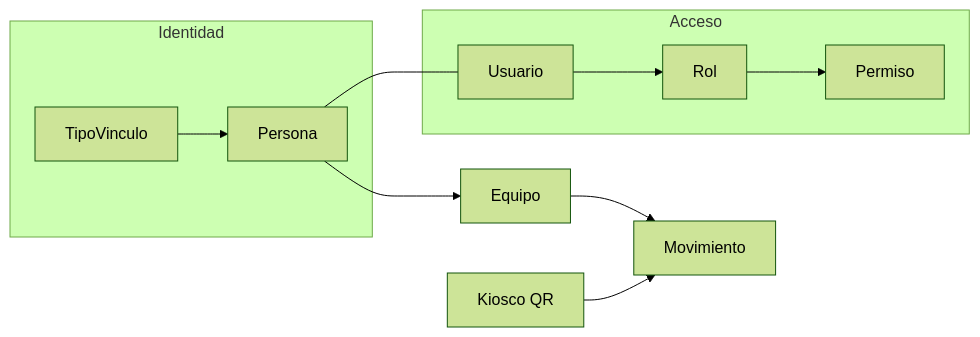
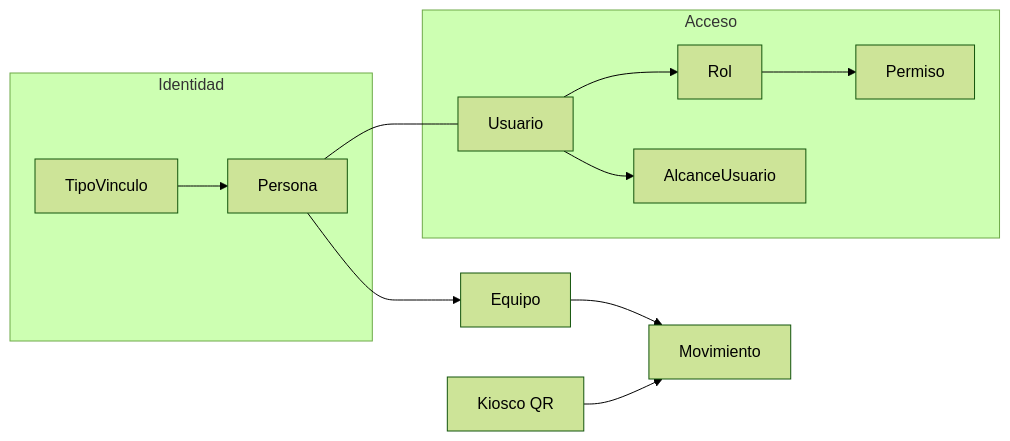
Before and after one commit to AlejoSasto/sistema_control_equipos: the diagram in contexto/contexto-completo-sistema.md, drawn with Mermaid (forest theme). The commit also changed other lines of this file and 33 other files, not shown here.

````diff
--- a/contexto/contexto-completo-sistema.md
+++ b/contexto/contexto-completo-sistema.md
@@ -94,18 +95,20 @@
 ```mermaid
 flowchart LR
   subgraph identidad [Identidad]
     TV[TipoVinculo]
     P[Persona]
     TV --> P
   end
   subgraph acceso [Acceso]
     U[Usuario]
     R[Rol]
     Perm[Permiso]
+    Alc[AlcanceUsuario]
     U --> R --> Perm
+    U --> Alc
   end
   P --- U
   P --> E[Equipo]
   E --> M[Movimiento]
   Kiosco[Kiosco QR] --> M
 ```
````
